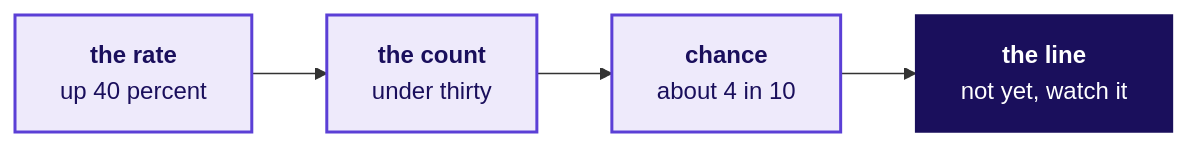
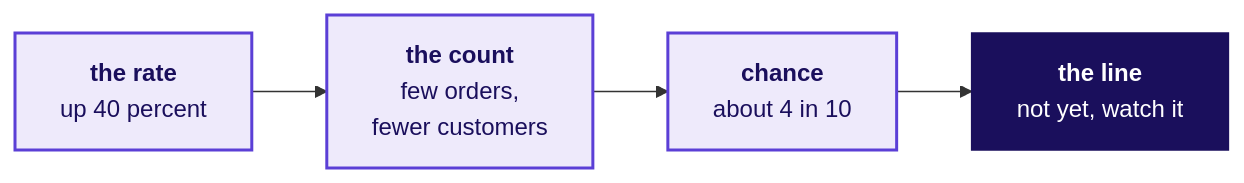
One commit to fde-academy-lab/c2-content-factory changed diagram 23 of 32 in content/W01/D4/slides/C2_W01_D04_half1_STUDENT.md. Above: the diagram before and after it, drawn with Mermaid. The commit also changed other lines of this file and 4 other files, not shown here.

````diff
--- a/content/W01/D4/slides/C2_W01_D04_half1_STUDENT.md
+++ b/content/W01/D4/slides/C2_W01_D04_half1_STUDENT.md
@@ -956,12 +988,12 @@
 ```mermaid
 flowchart LR
     K0["<b>the rate</b><br/>up 40 percent"]
-    K1["<b>the count</b><br/>under thirty"]
+    K1["<b>the count</b><br/>few orders,<br/>fewer customers"]
     K2["<b>chance</b><br/>about 4 in 10"]
     K3["<b>the line</b><br/>not yet, watch it"]
     K0 --> K1 --> K2 --> K3
     classDef known fill:#EEEAFB,stroke:#5B3FD6,color:#1A0F5C,stroke-width:2px
     classDef bet fill:#1A0F5C,stroke:#1A0F5C,color:#FFFFFF
     class K0,K1,K2 known
     class K3 bet
 ```
````
